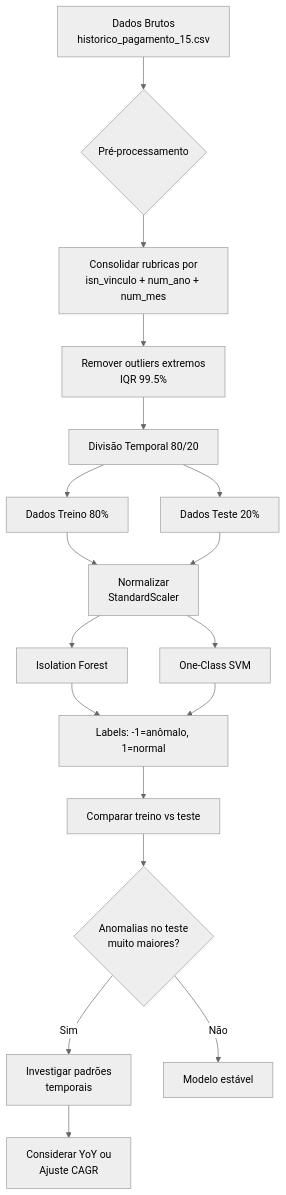
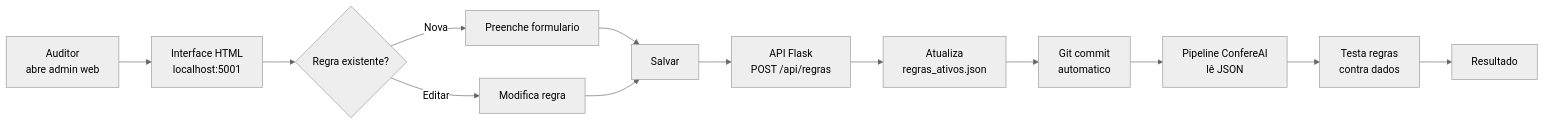
One commit to adapterbotcloud/confereai changed the third of 8 diagrams in DIAGRAMS.md. Above: the diagram before and after it, drawn with Mermaid (neutral theme). The commit also changed other lines of this file and 7 other files, not shown here.

First line of the commit message:
feat: admin de regras + pipeline FN Payroll Audit + nova base SEPLAG

````diff
--- a/DIAGRAMS.md
+++ b/DIAGRAMS.md
@@ -43,28 +64,15 @@
 ```mermaid
-flowchart TD
-    A[Dados Brutos<br/>historico_pagamento_15.csv] --> B{Pré-processamento}
-    
-    B --> C[Consolidar rubricas por<br/>isn_vinculo + num_ano + num_mes]
-    C --> D[Remover outliers extremos<br/>IQR 99.5%]
-    D --> E[Divisão Temporal 80/20]
-    
-    E --> F[Dados Treino 80%]
-    E --> G[Dados Teste 20%]
-    
-    F --> H[Normalizar<br/>StandardScaler]
-    G --> H
-    
-    H --> I[Isolation Forest]
-    H --> J[One-Class SVM]
-    
-    I --> K[Labels: -1=anômalo, 1=normal]
-    J --> K
-    
-    K --> L[Comparar treino vs teste]
-    L --> M{Anomalias no teste<br/>muito maiores?}
-    
-    M -->|Sim| N[Investigar padrões<br/>temporais]
-    M -->|Não| O[Modelo estável]
-    
-    N --> P[Considerar YoY ou<br/>Ajuste CAGR]
+flowchart LR
+    A[Auditor<br/>abre admin web] --> B[Interface HTML<br/>localhost:5001]
+    B --> C{Regra existente?}
+    C -->|Nova| D[Preenche formulario]
+    C -->|Editar| E[Modifica regra]
+    D --> F[Salvar]
+    E --> F
+    F --> G[API Flask<br/>POST /api/regras]
+    G --> H[Atualiza<br/>regras_ativos.json]
+    H --> I[Git commit<br/>automatico]
+    I --> J[Pipeline ConfereAI<br/>lê JSON]
+    J --> K[Testa regras<br/>contra dados]
+    K --> L[Resultado]
 ```
````
